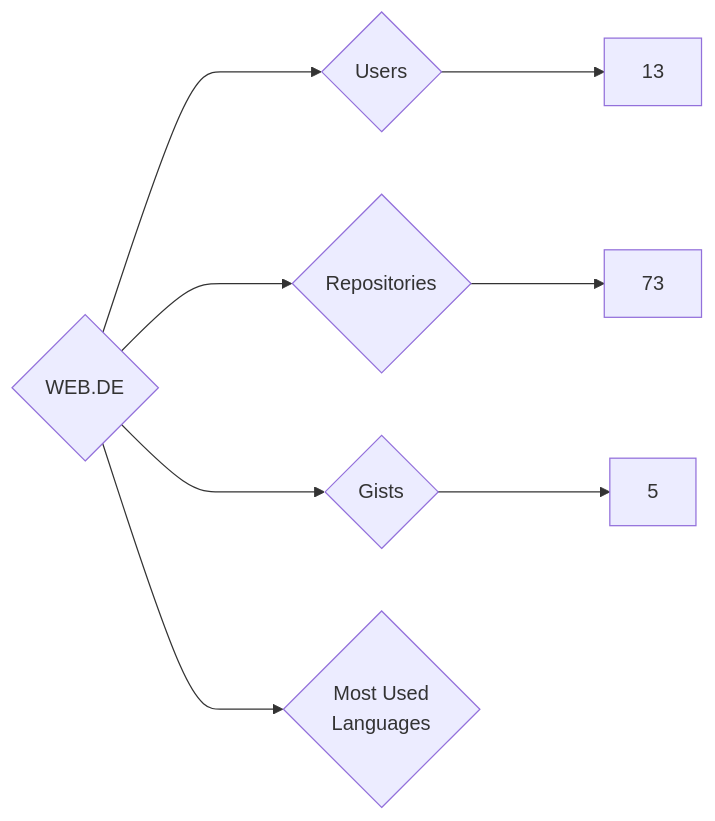
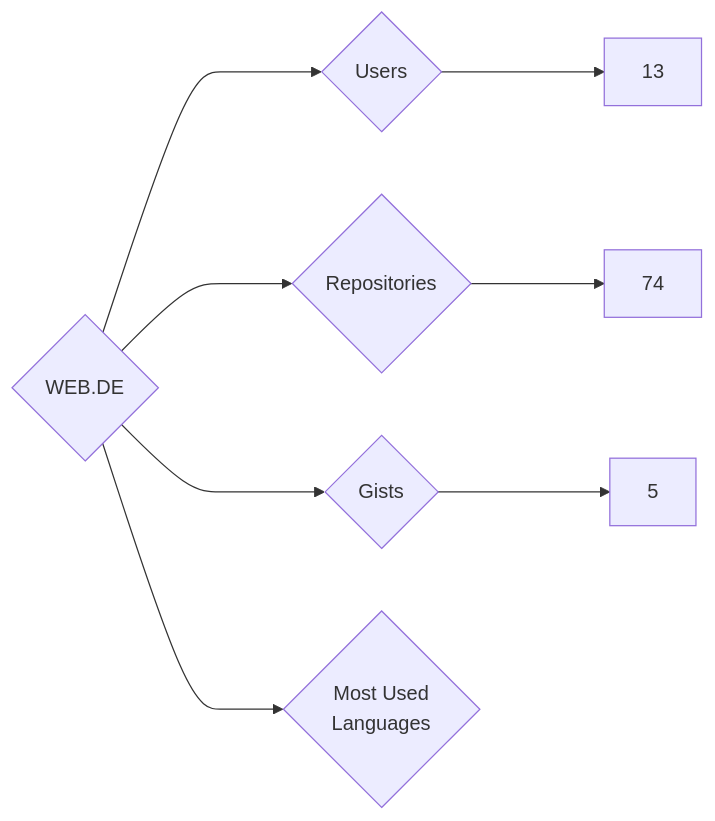
The diagram in targets/WEB.DE/README.md (nenadzaric/insiders), drawn with Mermaid before and after one commit. The commit also changed 1342 other files, not shown here.

````diff
--- a/targets/WEB.DE/README.md
+++ b/targets/WEB.DE/README.md
@@ -3,8 +3,8 @@
 ```mermaid
 graph LR
 COMPANY_NAME{WEB.DE}
 COMPANY_NAME ---> U{Users} ---> UN[13]
-COMPANY_NAME ---> R{Repositories} ---> RN[73]
+COMPANY_NAME ---> R{Repositories} ---> RN[74]
 COMPANY_NAME ---> G{Gists} ---> GN[5]
 COMPANY_NAME ---> ML{Most Used<br>Languages}
 ```
````
